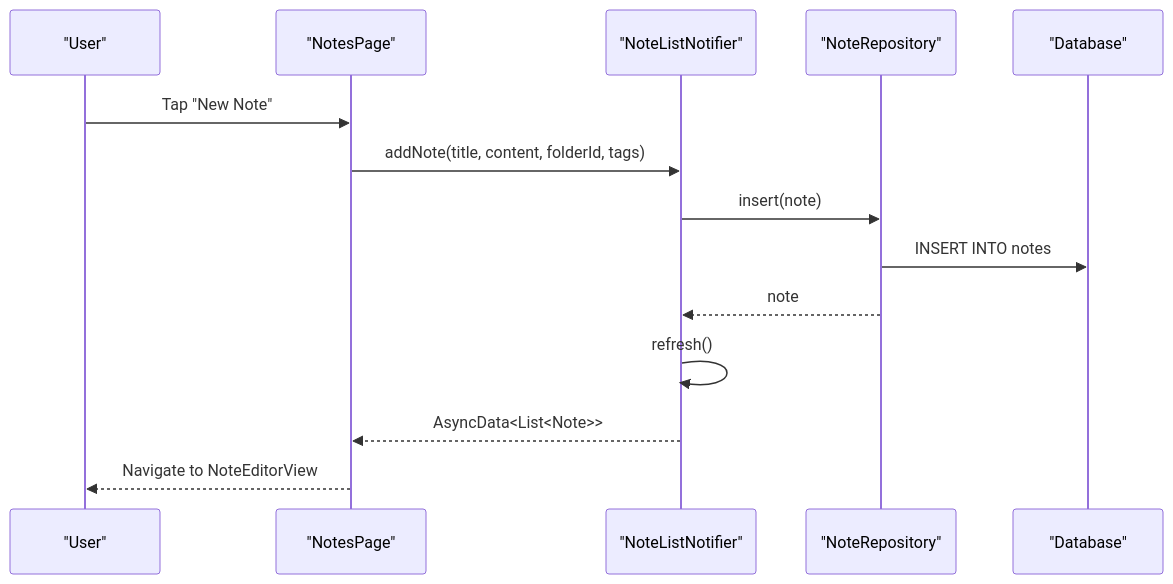
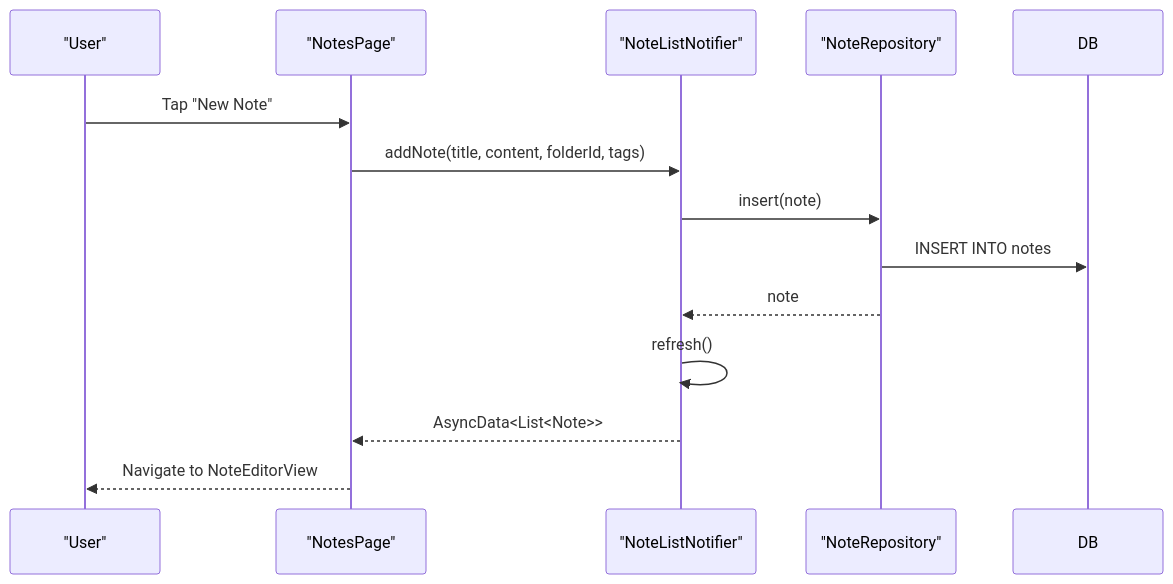
Before and after one commit to favoroo/QNote: the second of 11 diagrams in .qoder/repowiki/en/content/Core Features/Note Taking.md, drawn with Mermaid. The commit also changed other lines of this file and 68 other files, not shown here.

````diff
--- a/.qoder/repowiki/en/content/Core Features/Note Taking.md
+++ b/.qoder/repowiki/en/content/Core Features/Note Taking.md
@@ -116,16 +128,15 @@
 ```mermaid
 sequenceDiagram
 participant User as "User"
 participant Page as "NotesPage"
 participant Provider as "NoteListNotifier"
 participant Repo as "NoteRepository"
-participant DB as "Database"
 User->>Page : Tap "New Note"
 Page->>Provider : addNote(title, content, folderId, tags)
 Provider->>Repo : insert(note)
 Repo->>DB : INSERT INTO notes
 Repo-->>Provider : note
 Provider->>Provider : refresh()
 Provider-->>Page : AsyncData<List<Note>>
 Page-->>User : Navigate to NoteEditorView
 ```
````
